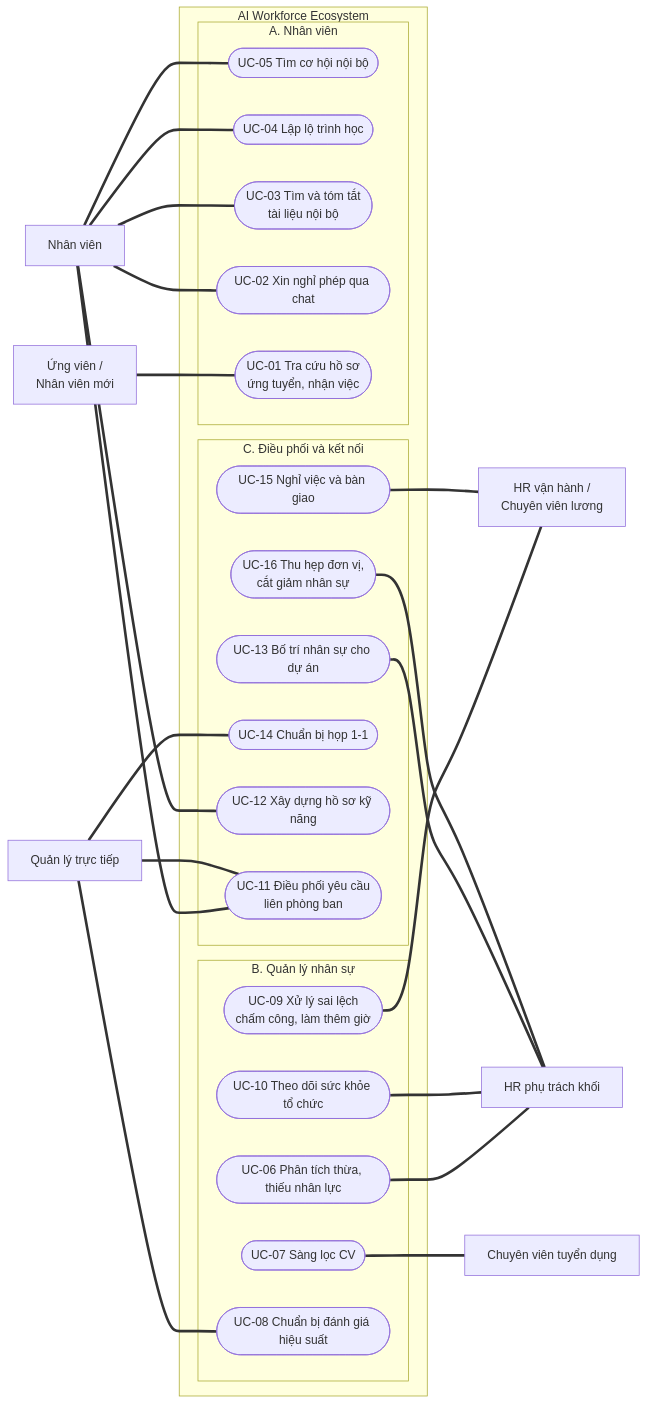
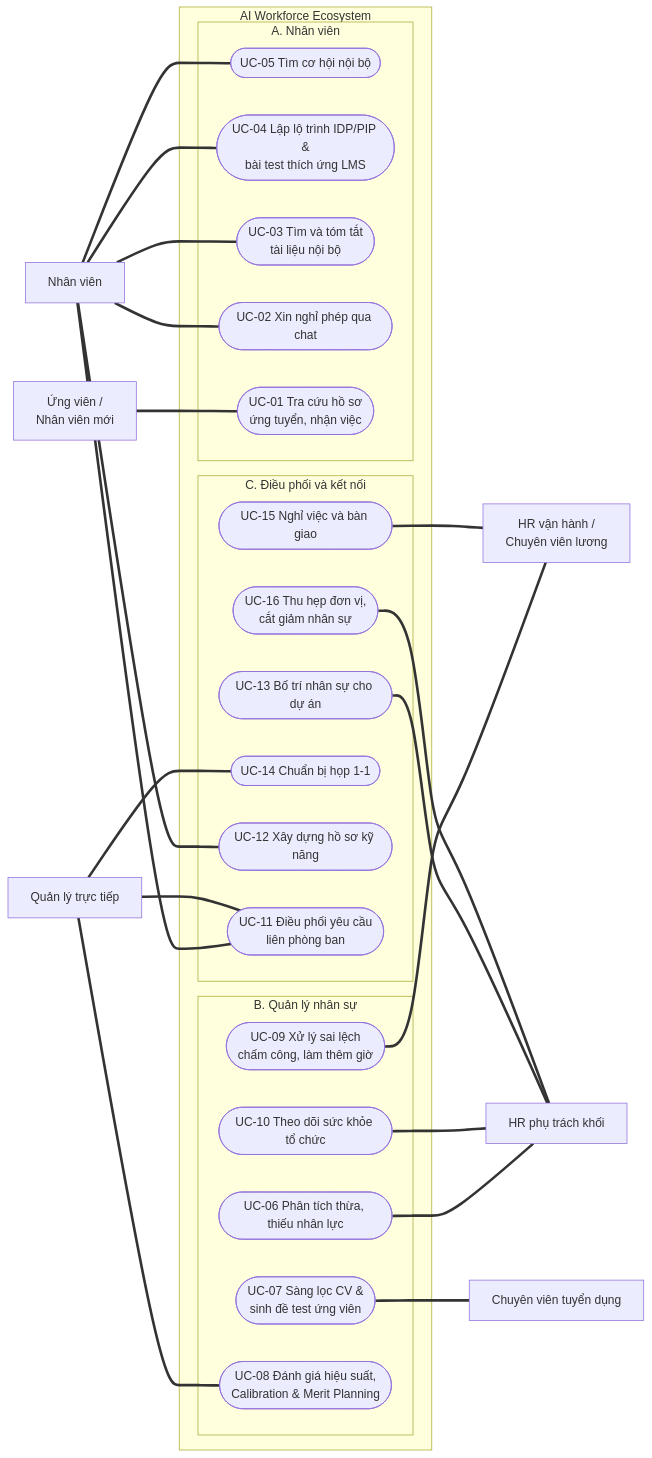
The diagram in docs/README.md (pbaodev/hrm-fuji), drawn with Mermaid before and after one commit. The commit also changed other lines of this file and 10 other files, not shown here.

Commit message:
feat: integrate AI Performance Calibration, Merit Planning Engine and LMS Assessment

````diff
--- a/docs/README.md
+++ b/docs/README.md
@@ -47,54 +47,54 @@
 ```mermaid
 flowchart LR
     LM["Quản lý trực tiếp"]
     EMP["Nhân viên"]
     CAND["Ứng viên /<br/>Nhân viên mới"]
 
     subgraph SYS["AI Workforce Ecosystem"]
         subgraph GC["C. Điều phối và kết nối"]
             UC15(["UC-15 Nghỉ việc và bàn giao"])
             UC16(["UC-16 Thu hẹp đơn vị,<br/>cắt giảm nhân sự"])
             UC13(["UC-13 Bố trí nhân sự cho dự án"])
             UC14(["UC-14 Chuẩn bị họp 1-1"])
             UC12(["UC-12 Xây dựng hồ sơ kỹ năng"])
             UC11(["UC-11 Điều phối yêu cầu<br/>liên phòng ban"])
         end
         subgraph GB["B. Quản lý nhân sự"]
             UC09(["UC-09 Xử lý sai lệch<br/>chấm công, làm thêm giờ"])
             UC10(["UC-10 Theo dõi sức khỏe tổ chức"])
             UC06(["UC-06 Phân tích thừa, thiếu nhân lực"])
-            UC07(["UC-07 Sàng lọc CV"])
-            UC08(["UC-08 Chuẩn bị đánh giá hiệu suất"])
+            UC07(["UC-07 Sàng lọc CV &<br/>sinh đề test ứng viên"])
+            UC08(["UC-08 Đánh giá hiệu suất,<br/>Calibration & Merit Planning"])
         end
         subgraph GA["A. Nhân viên"]
             UC05(["UC-05 Tìm cơ hội nội bộ"])
-            UC04(["UC-04 Lập lộ trình học"])
+            UC04(["UC-04 Lập lộ trình IDP/PIP &<br/>bài test thích ứng LMS"])
             UC03(["UC-03 Tìm và tóm tắt<br/>tài liệu nội bộ"])
             UC02(["UC-02 Xin nghỉ phép qua chat"])
             UC01(["UC-01 Tra cứu hồ sơ<br/>ứng tuyển, nhận việc"])
         end
     end
 
     OPS["HR vận hành /<br/>Chuyên viên lương"]
     HRBP["HR phụ trách khối"]
     REC["Chuyên viên tuyển dụng"]
 
     LM === UC14
     LM === UC11
     LM === UC08
     EMP === UC12
     EMP === UC11
     EMP === UC05
     EMP === UC04
     EMP === UC03
     EMP === UC02
     CAND === UC01
 
     UC15 === OPS
     UC09 === OPS
     UC16 === HRBP
     UC13 === HRBP
     UC10 === HRBP
     UC06 === HRBP
     UC07 === REC
 ```
````
